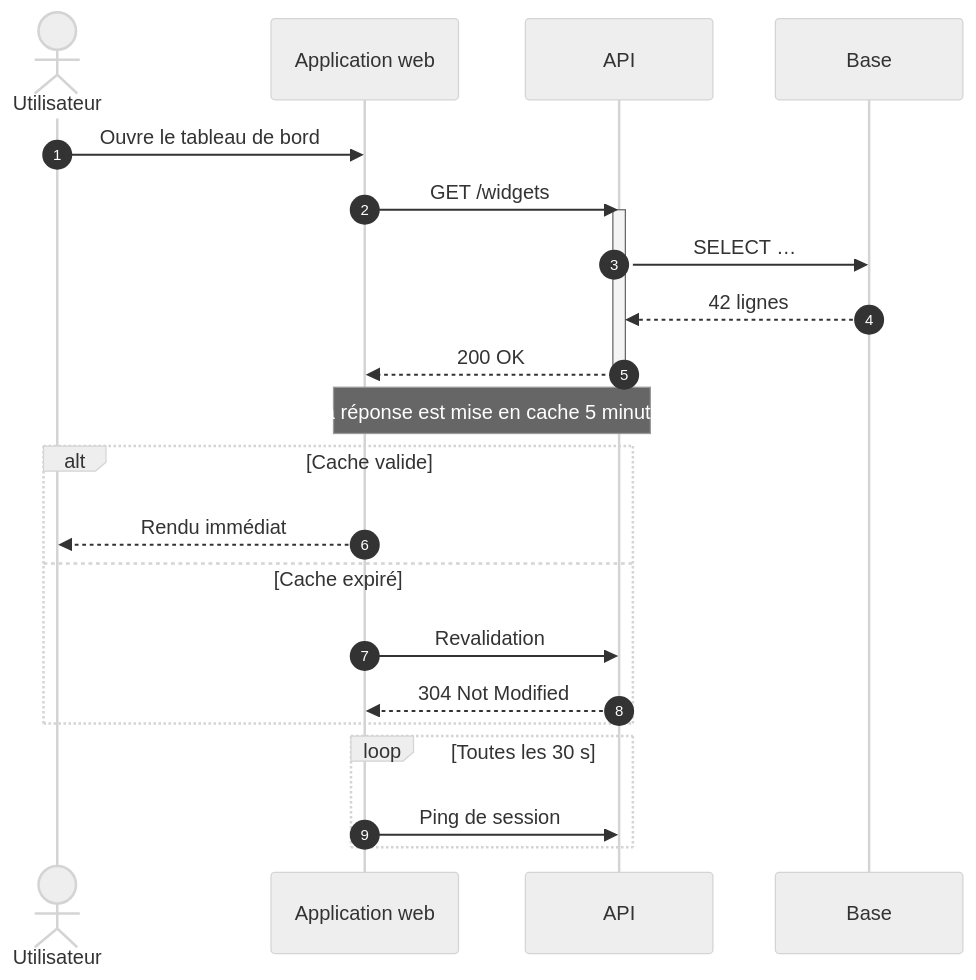
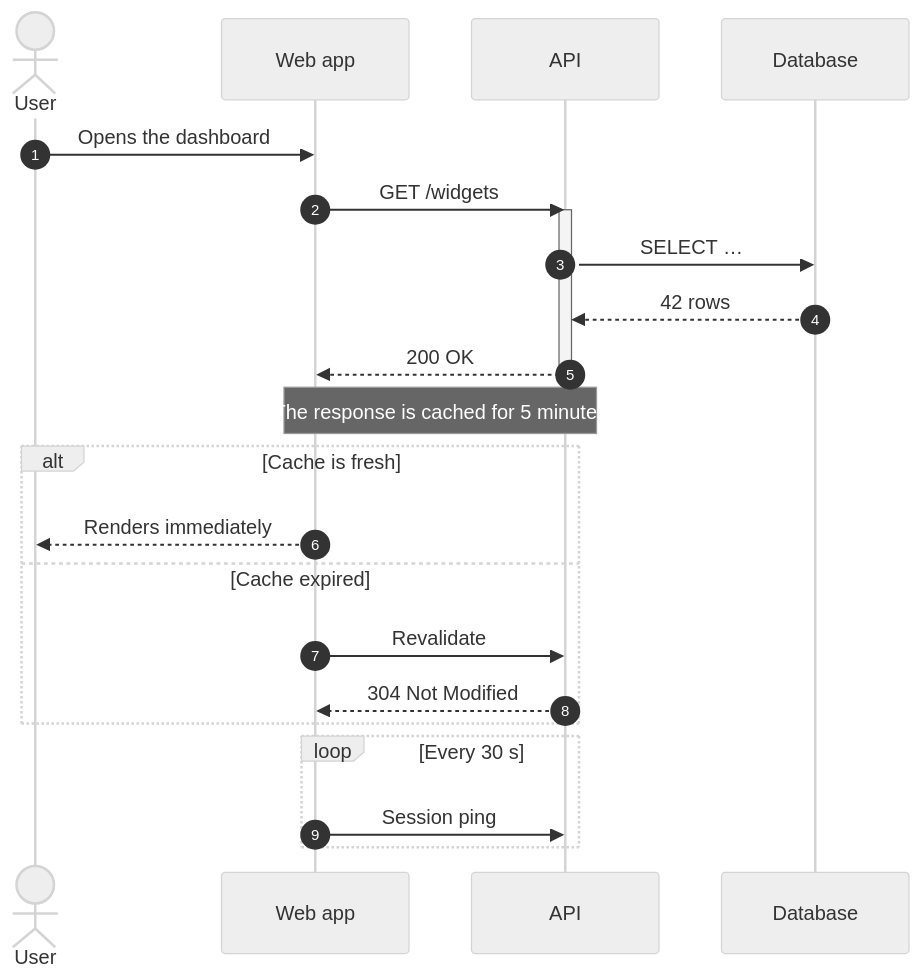
One commit to InnovateIt-ak/docusaurus changed the fifth of 25 diagrams in docs/mermaid-diagrams.mdx. Above: the diagram before and after it, drawn with Mermaid (neutral theme). The commit also changed other lines of this file, not shown here.

First line of the commit message:
Translate the Mermaid reference page to English

````diff
--- a/docs/mermaid-diagrams.mdx
+++ b/docs/mermaid-diagrams.mdx
@@ -163,29 +161,29 @@
 ```mermaid
 sequenceDiagram
     autonumber
-    actor U as Utilisateur
-    participant W as Application web
+    actor U as User
+    participant W as Web app
     participant A as API
-    participant D as Base
+    participant D as Database
 
-    U->>W: Ouvre le tableau de bord
+    U->>W: Opens the dashboard
     W->>A: GET /widgets
     activate A
     A->>D: SELECT …
-    D-->>A: 42 lignes
+    D-->>A: 42 rows
     A-->>W: 200 OK
     deactivate A
 
-    Note over W,A: La réponse est mise en cache 5 minutes
+    Note over W,A: The response is cached for 5 minutes
 
-    alt Cache valide
-        W-->>U: Rendu immédiat
-    else Cache expiré
-        W->>A: Revalidation
+    alt Cache is fresh
+        W-->>U: Renders immediately
+    else Cache expired
+        W->>A: Revalidate
         A-->>W: 304 Not Modified
     end
 
-    loop Toutes les 30 s
-        W->>A: Ping de session
+    loop Every 30 s
+        W->>A: Session ping
     end
 ```
````
